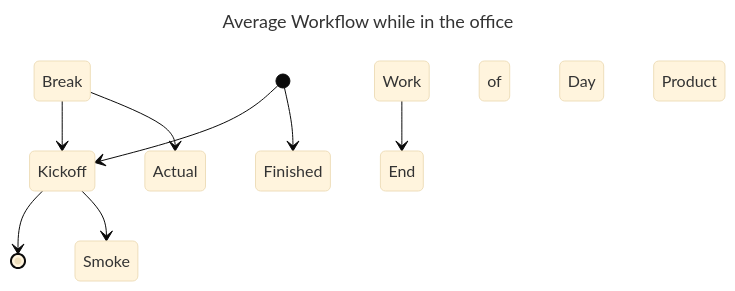
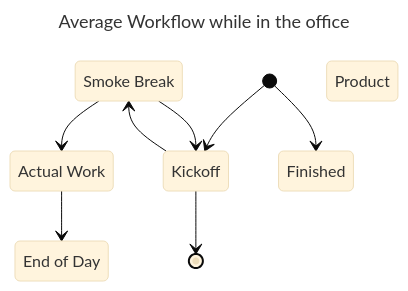
The second of 2 diagrams in README.md (EricTelekom/EricTelekom), drawn with Mermaid (base theme) before and after one commit.

````diff
--- a/README.md
+++ b/README.md
@@ -25,14 +25,17 @@
 ```mermaid
 ---
 title: Average Workflow while in the office
 ---
 stateDiagram-v2
+    State1: Smoke Break
+    State2: Actual Work
+    State3: End of Day
     [*] --> Kickoff
     Kickoff --> [*]
 
-    Kickoff --> Smoke Break
-    Smoke Break --> Kickoff
-    Smoke Break --> Actual Work
-    Actual Work --> End of Day
+    Kickoff --> State1
+    State1 --> Kickoff
+    State1 --> State2
+    State2 --> State3
     [*] --> Finished Product
 ```
````
